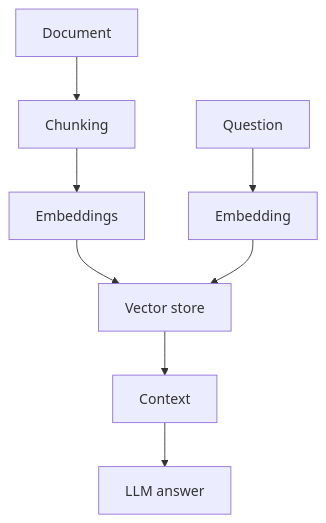
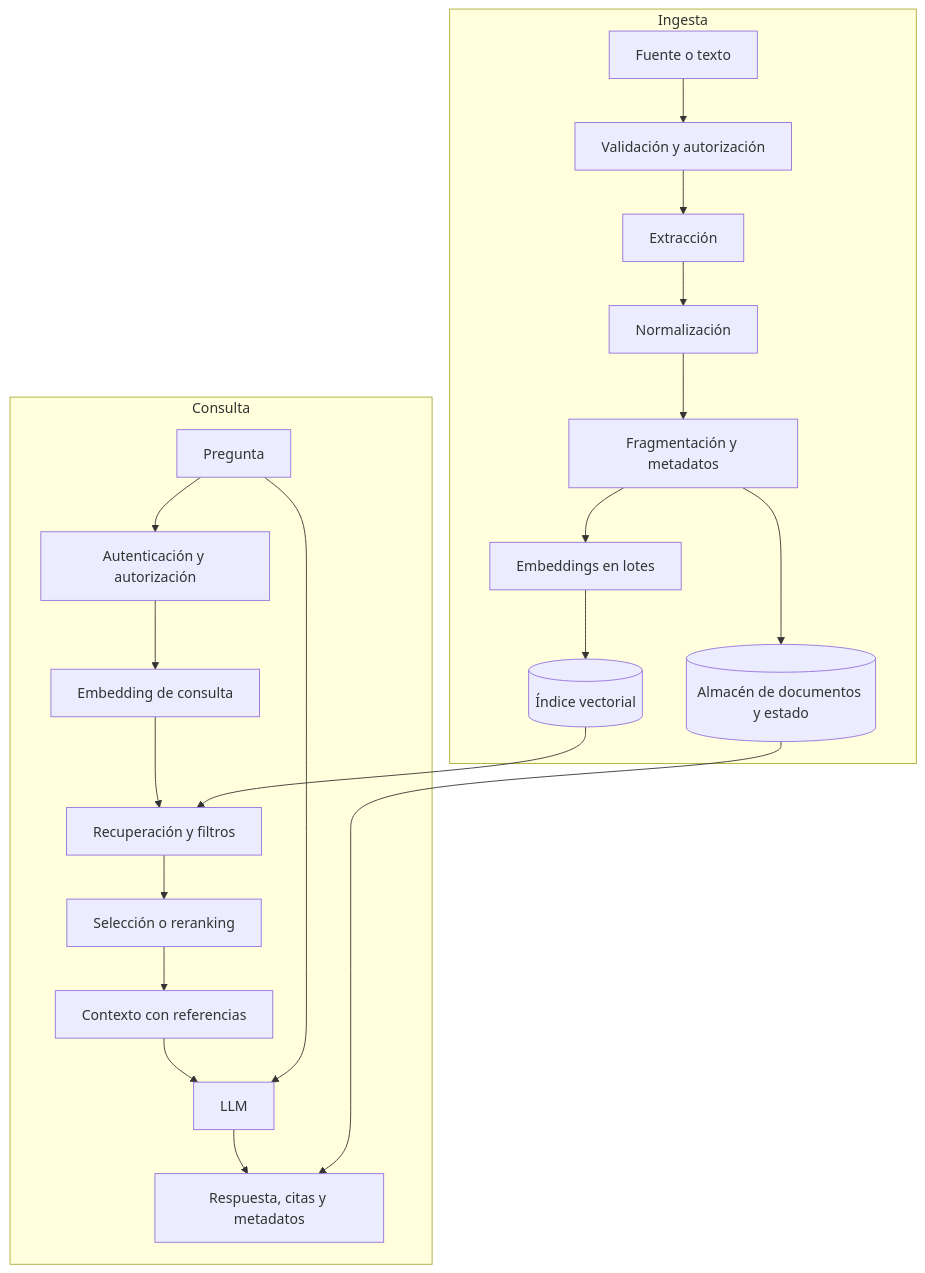
Before and after one commit to fdbiondi/rag-from-zero-to-scale: the diagram in ESPAÑOL/book-es-cap3.md, drawn with Mermaid. The commit also changed other lines of this file and 2 other files, not shown here.

````diff
--- a/ESPAÑOL/book-es-cap3.md
+++ b/ESPAÑOL/book-es-cap3.md
@@ -56,10 +26,24 @@
 ```mermaid
 flowchart TD
- A[Document] --> B[Chunking]
- B --> C[Embeddings]
- C --> D[Vector store]
- E[Question] --> F[Embedding]
- F --> D
- D --> G[Context]
- G --> H[LLM answer]
+  subgraph Ingesta
+    A[Fuente o texto] --> B[Validación y autorización]
+    B --> C[Extracción]
+    C --> D[Normalización]
+    D --> E[Fragmentación y metadatos]
+    E --> F[Embeddings en lotes]
+    F --> G[(Índice vectorial)]
+    E --> H[(Almacén de documentos y estado)]
+  end
+  subgraph Consulta
+    Q[Pregunta] --> I[Autenticación y autorización]
+    I --> J[Embedding de consulta]
+    J --> K[Recuperación y filtros]
+    G --> K
+    K --> L[Selección o reranking]
+    L --> M[Contexto con referencias]
+    M --> N[LLM]
+    Q --> N
+    N --> O[Respuesta, citas y metadatos]
+  end
+  H --> O
 ```
````
